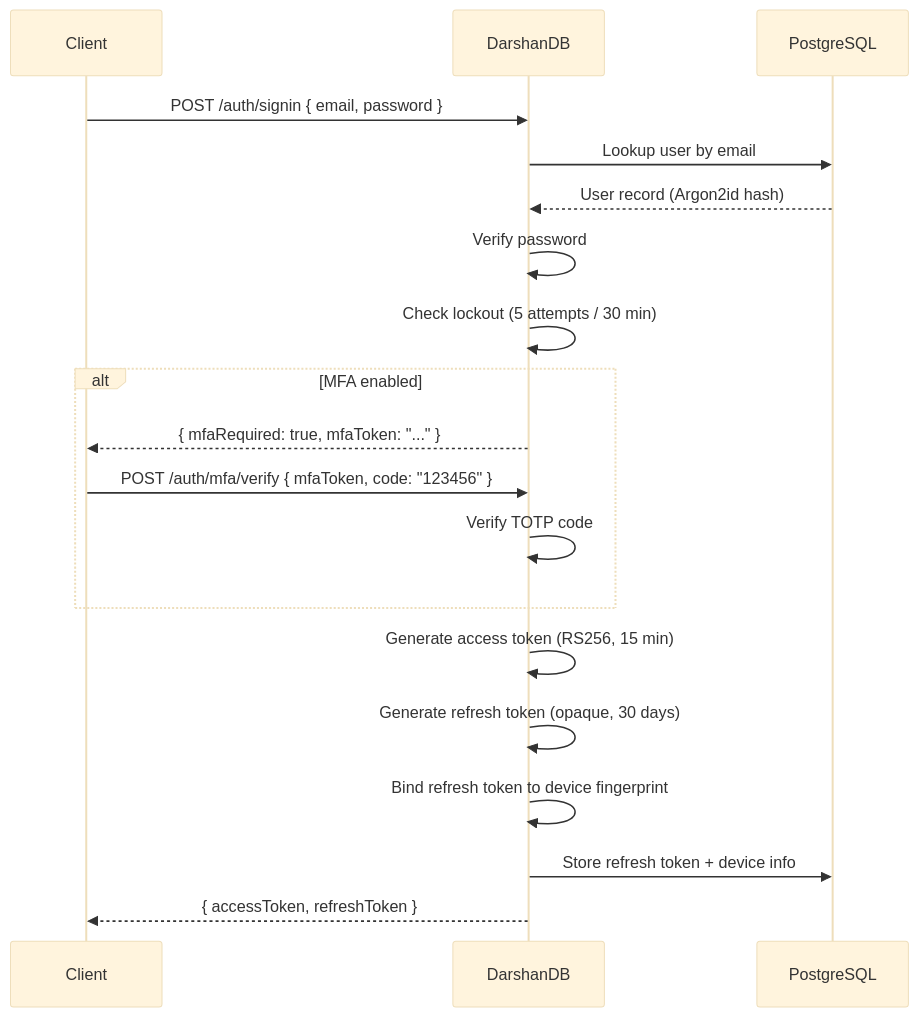
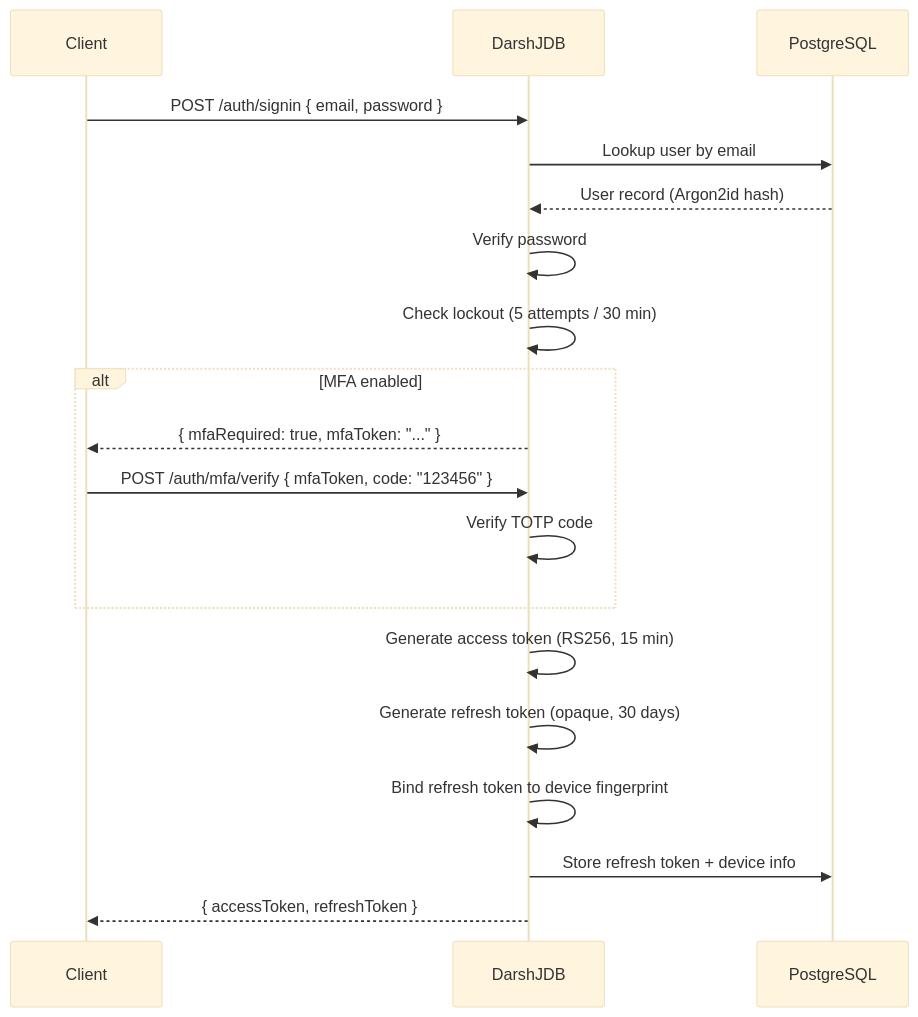
Before and after one commit to darshjme/darshjdb: the first of 2 diagrams in docs/authentication.md, drawn with Mermaid (base theme). The commit also changed other lines of this file and 107 other files, not shown here.

First line of the commit message:
rebrand: DarshanDB → DarshJDB (DDB)

````diff
--- a/docs/authentication.md
+++ b/docs/authentication.md
@@ -7,24 +7,24 @@
 ```mermaid
 sequenceDiagram
     participant C as Client
-    participant S as DarshanDB
+    participant S as DarshJDB
     participant PG as PostgreSQL
 
     C->>S: POST /auth/signin { email, password }
     S->>PG: Lookup user by email
     PG-->>S: User record (Argon2id hash)
     S->>S: Verify password
     S->>S: Check lockout (5 attempts / 30 min)
 
     alt MFA enabled
         S-->>C: { mfaRequired: true, mfaToken: "..." }
         C->>S: POST /auth/mfa/verify { mfaToken, code: "123456" }
         S->>S: Verify TOTP code
     end
 
     S->>S: Generate access token (RS256, 15 min)
     S->>S: Generate refresh token (opaque, 30 days)
     S->>S: Bind refresh token to device fingerprint
     S->>PG: Store refresh token + device info
     S-->>C: { accessToken, refreshToken }
 ```
````
